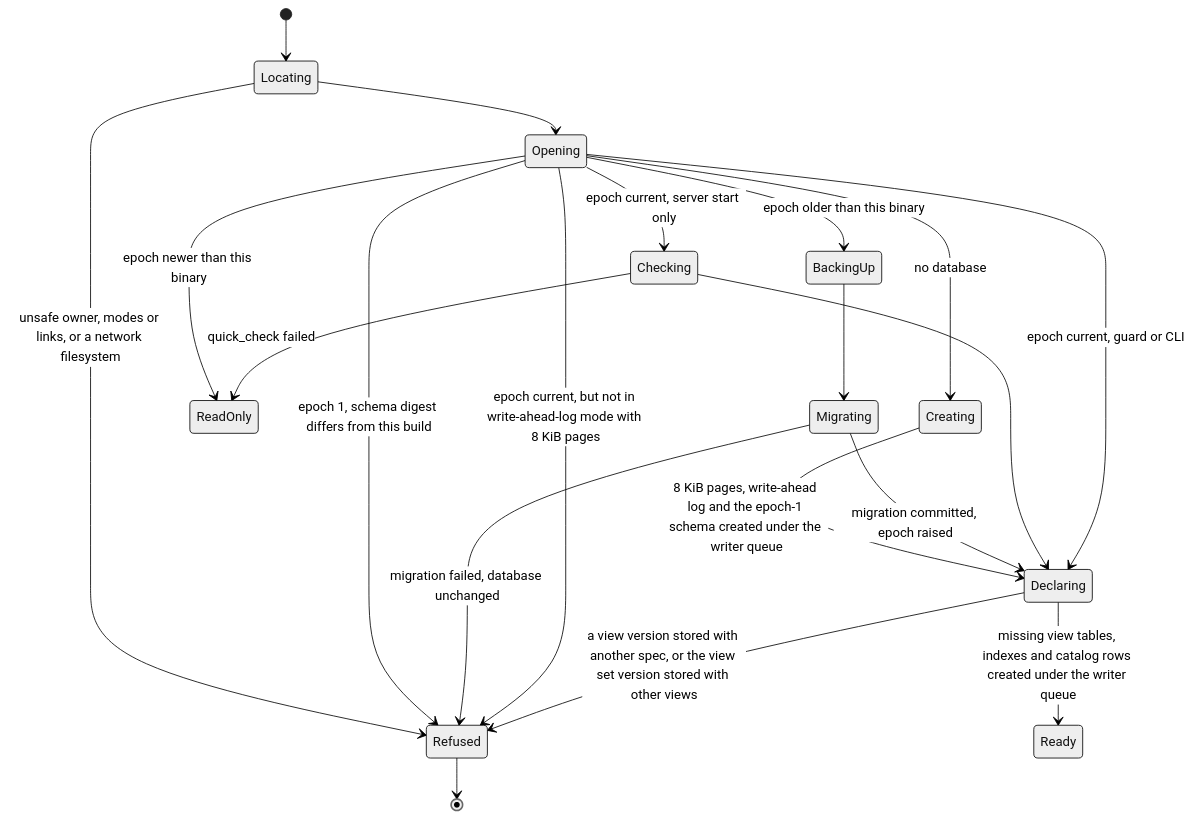
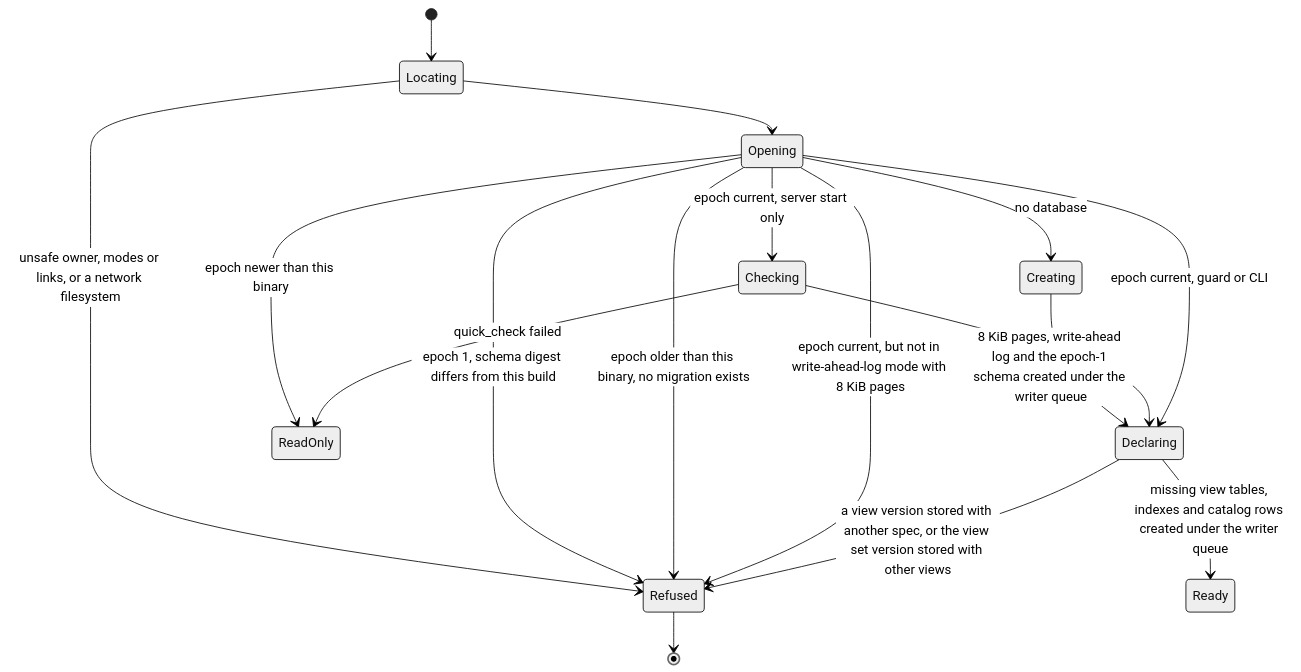
One commit to crenshawdev/baley changed diagram 12 of 13 in docs/design/0001-evidence-ledger.md. Above: the diagram before and after it, drawn with Mermaid (neutral theme). The commit also changed other lines of this file and 5 other files, not shown here.

````diff
--- a/docs/design/0001-evidence-ledger.md
+++ b/docs/design/0001-evidence-ledger.md
@@ -990,22 +1029,19 @@
 ```mermaid
 stateDiagram-v2
   [*] --> Locating
   Locating --> Refused : unsafe owner, modes or links, or a network filesystem
   Locating --> Opening
   Opening --> Creating : no database
   Creating --> Declaring : 8 KiB pages, write-ahead log and the epoch-1 schema created under the writer queue
   Opening --> Refused : epoch 1, schema digest differs from this build
   Opening --> ReadOnly : epoch newer than this binary
-  Opening --> BackingUp : epoch older than this binary
-  BackingUp --> Migrating
-  Migrating --> Declaring : migration committed, epoch raised
-  Migrating --> Refused : migration failed, database unchanged
+  Opening --> Refused : epoch older than this binary, no migration exists
   Opening --> Refused : epoch current, but not in write-ahead-log mode with 8 KiB pages
   Opening --> Checking : epoch current, server start only
   Checking --> Declaring
   Checking --> ReadOnly : quick_check failed
   Opening --> Declaring : epoch current, guard or CLI
   Declaring --> Refused : a view version stored with another spec, or the view set version stored with other views
   Declaring --> Ready : missing view tables, indexes and catalog rows created under the writer queue
   Refused --> [*]
 ```
````
